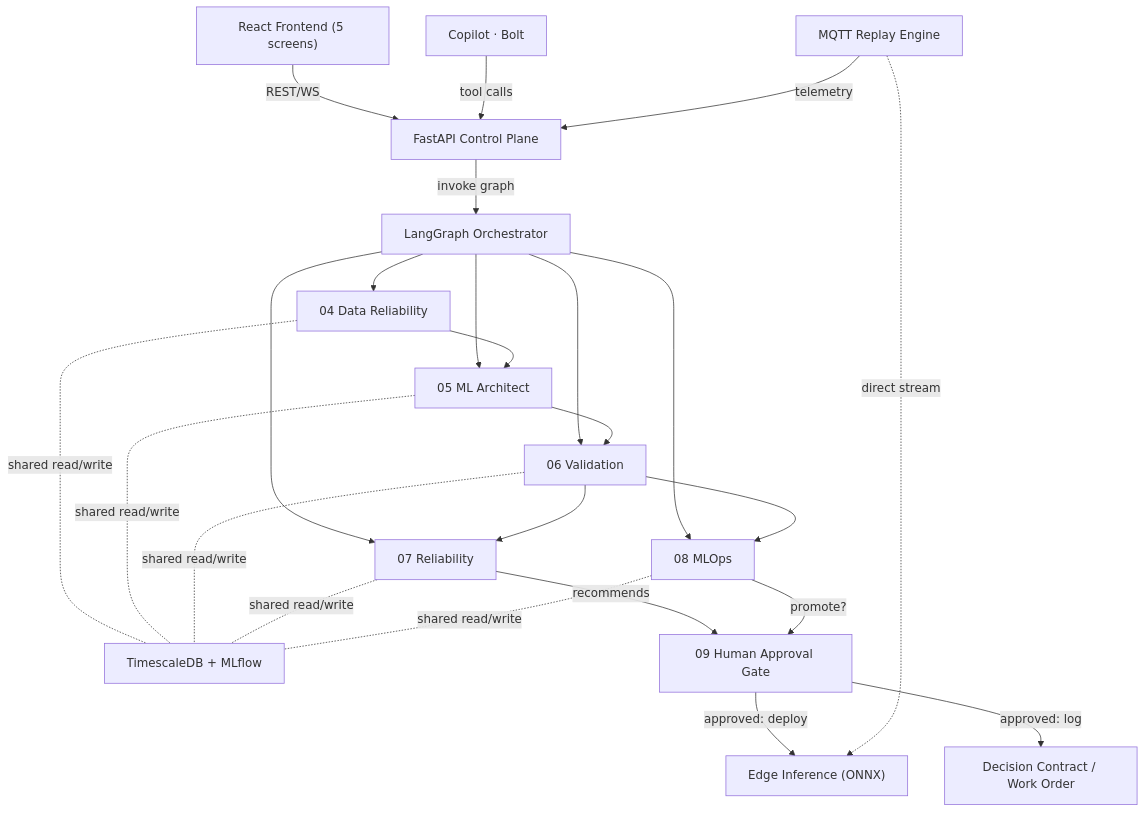
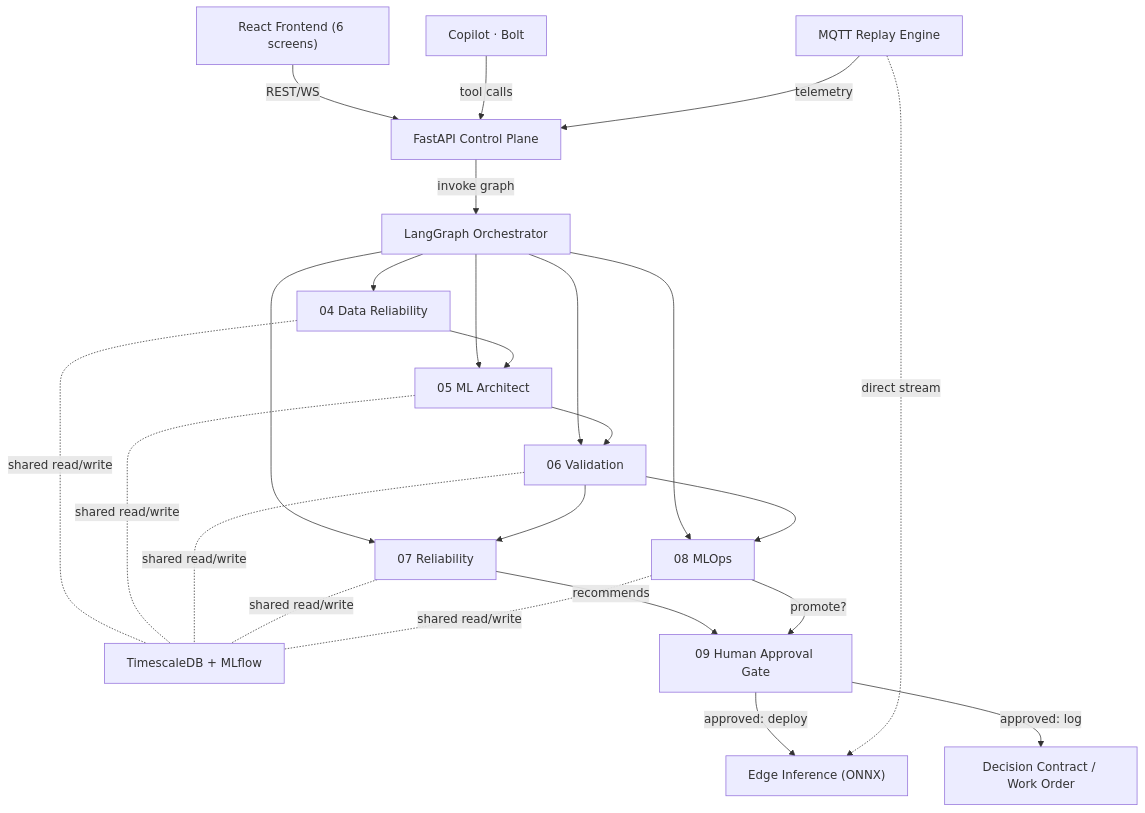
Before and after one commit to atcro/Thor: the diagram in CLAUDE.md, drawn with Mermaid. The commit also changed other lines of this file and 25 other files, not shown here.

````diff
--- a/CLAUDE.md
+++ b/CLAUDE.md
@@ -56,21 +56,21 @@
 ```mermaid
 flowchart TD
-    FE["React Frontend (5 screens)"] -->|REST/WS| CP
+    FE["React Frontend (6 screens)"] -->|REST/WS| CP
     CO["Copilot · Bolt"] -->|tool calls| CP
     CP["FastAPI Control Plane"] -->|invoke graph| ORCH["LangGraph Orchestrator"]
     ORCH --> A04["04 Data Reliability"]
     ORCH --> A05["05 ML Architect"]
     ORCH --> A06["06 Validation"]
     ORCH --> A07["07 Reliability"]
     ORCH --> A08["08 MLOps"]
     A04 --> A05 --> A06
     A06 --> A07
     A06 --> A08
     A04 & A05 & A06 & A07 & A08 -.shared read/write.- STORE["TimescaleDB + MLflow"]
     A07 -->|recommends| GATE["09 Human Approval Gate"]
     A08 -->|promote?| GATE
     GATE -->|approved: deploy| EDGE["Edge Inference (ONNX)"]
     GATE -->|approved: log| DC["Decision Contract / Work Order"]
     MQTT["MQTT Replay Engine"] -->|telemetry| CP
     MQTT -.direct stream.-> EDGE
 ```
````
